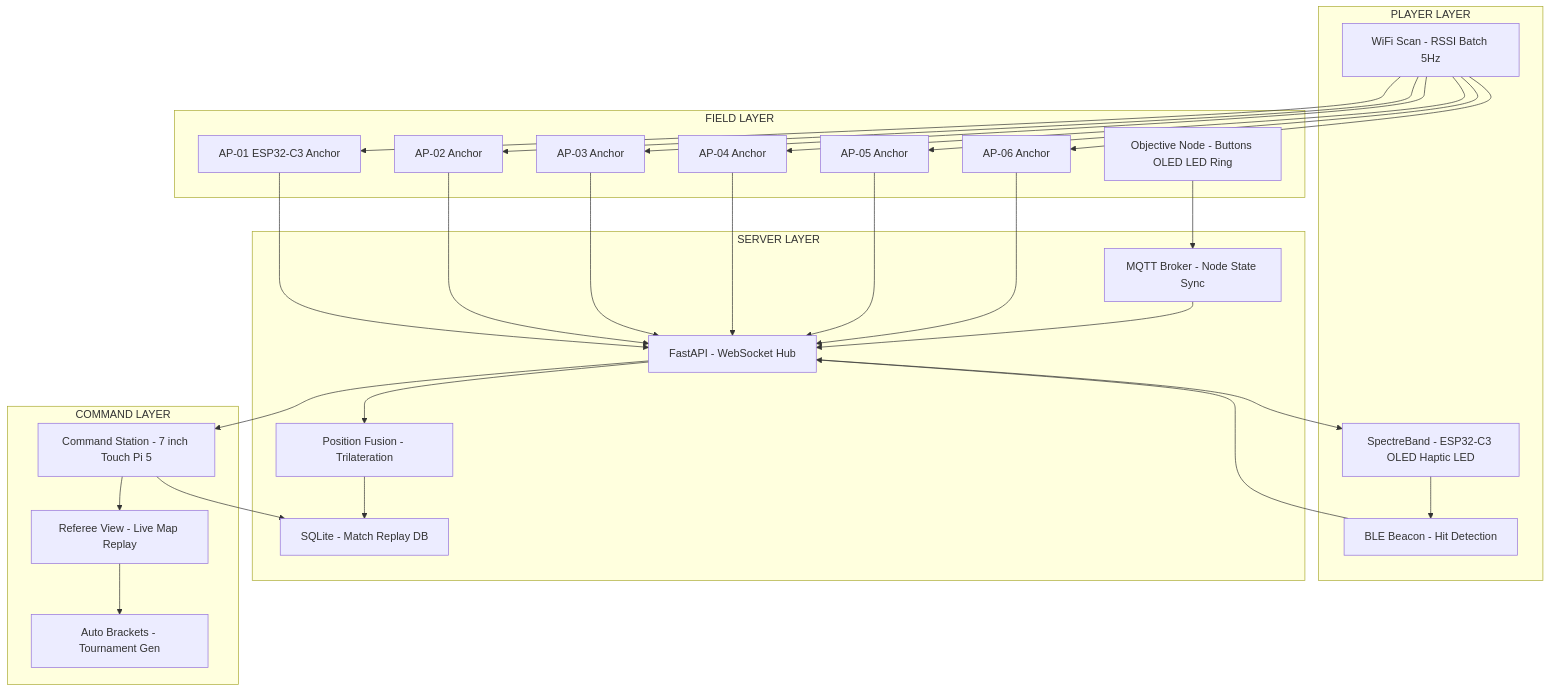
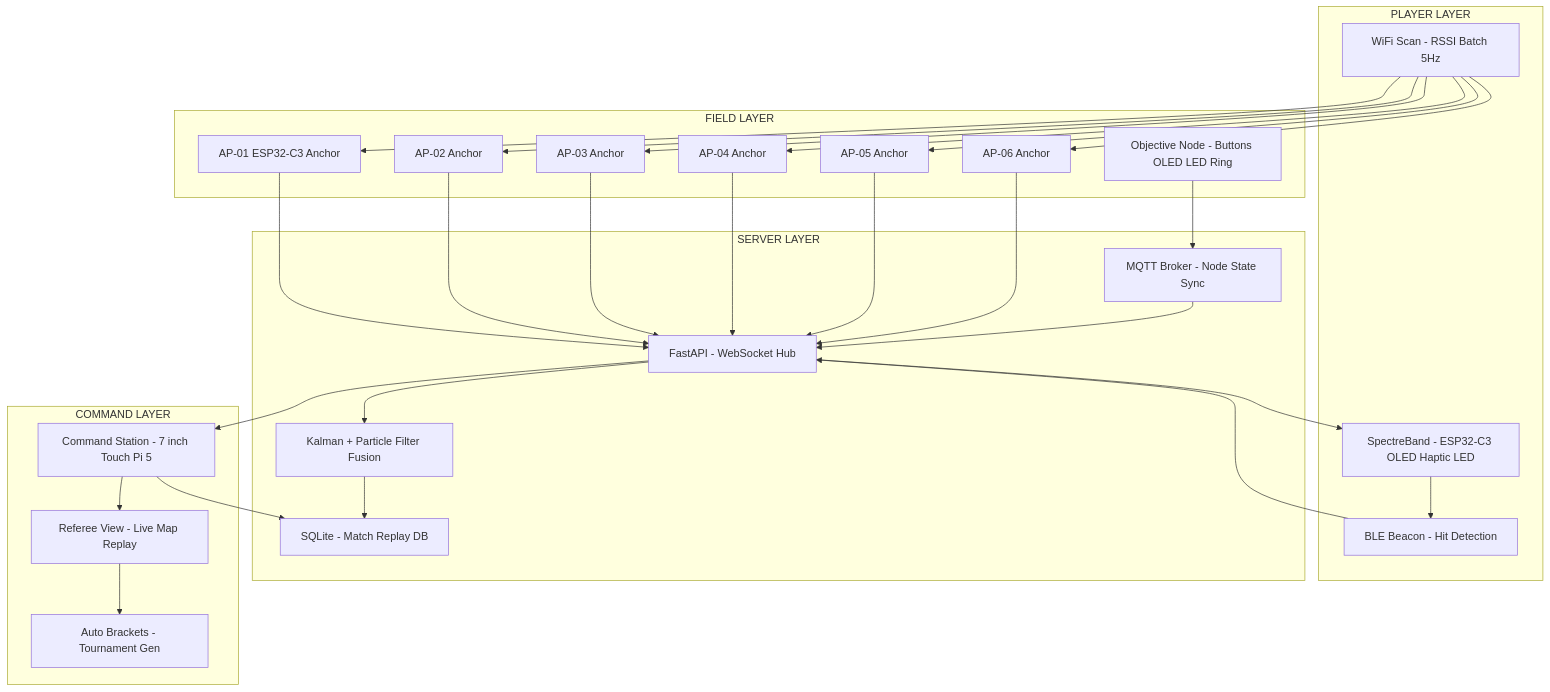
Before and after one commit to toxicwind/paintball-field: the diagram in README.md, drawn with Mermaid. The commit also changed other lines of this file and 32 other files, not shown here.

Commit message:
feat: Blitz pilot ready - v1.1 hardware, Kalman fusion, calibration tool, SOP docs, field configs

````diff
--- a/README.md
+++ b/README.md
@@ -146,45 +112,45 @@
 ```mermaid
 flowchart TB
     subgraph FIELD["FIELD LAYER"]
         AP1["AP-01 ESP32-C3 Anchor"]
         AP2["AP-02 Anchor"]
         AP3["AP-03 Anchor"]
         AP4["AP-04 Anchor"]
         AP5["AP-05 Anchor"]
         AP6["AP-06 Anchor"]
         NODE["Objective Node - Buttons OLED LED Ring"]
     end
 
     subgraph PLAYER["PLAYER LAYER"]
         BAND["SpectreBand - ESP32-C3 OLED Haptic LED"]
         BLE["BLE Beacon - Hit Detection"]
         WIFI["WiFi Scan - RSSI Batch 5Hz"]
     end
 
     subgraph SERVER["SERVER LAYER"]
         FASTAPI["FastAPI - WebSocket Hub"]
-        FUSION["Position Fusion - Trilateration"]
+        FUSION["Kalman + Particle Filter Fusion"]
         SQLITE["SQLite - Match Replay DB"]
         MQTT["MQTT Broker - Node State Sync"]
     end
 
     subgraph COMMAND["COMMAND LAYER"]
         TABLET["Command Station - 7 inch Touch Pi 5"]
         REFEREE["Referee View - Live Map Replay"]
         BRACKET["Auto Brackets - Tournament Gen"]
     end
 
     WIFI --> AP1 & AP2 & AP3 & AP4 & AP5 & AP6
     AP1 & AP2 & AP3 & AP4 & AP5 & AP6 --> FASTAPI
     BAND --> BLE
     BLE --> FASTAPI
     FASTAPI --> BAND
     FASTAPI --> FUSION
     FUSION --> SQLITE
     NODE --> MQTT
     MQTT --> FASTAPI
     FASTAPI --> TABLET
     TABLET --> SQLITE
     TABLET --> REFEREE
     REFEREE --> BRACKET
 ```
````
